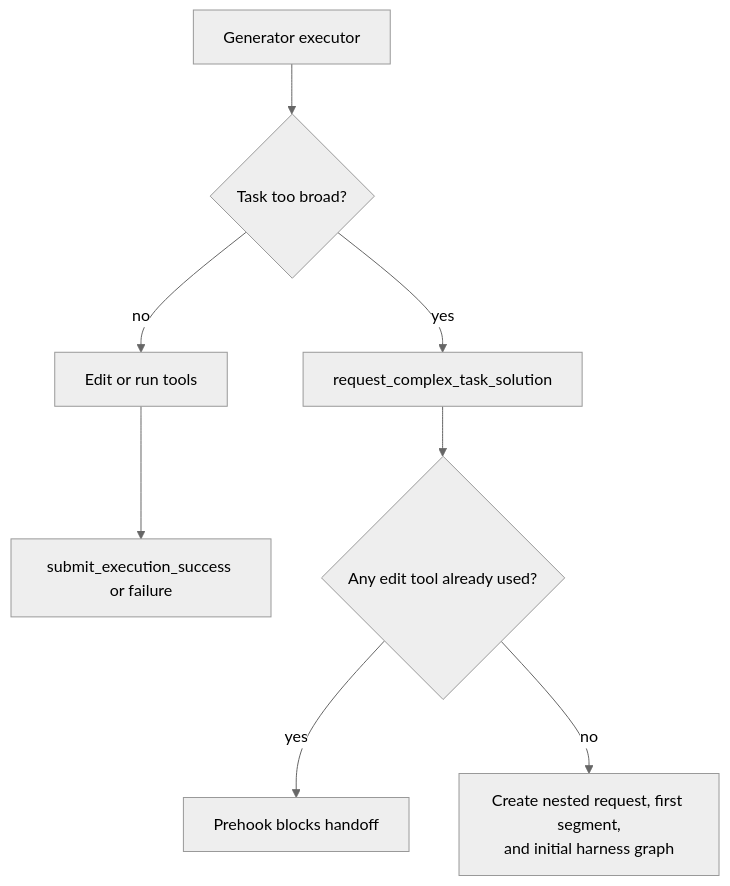
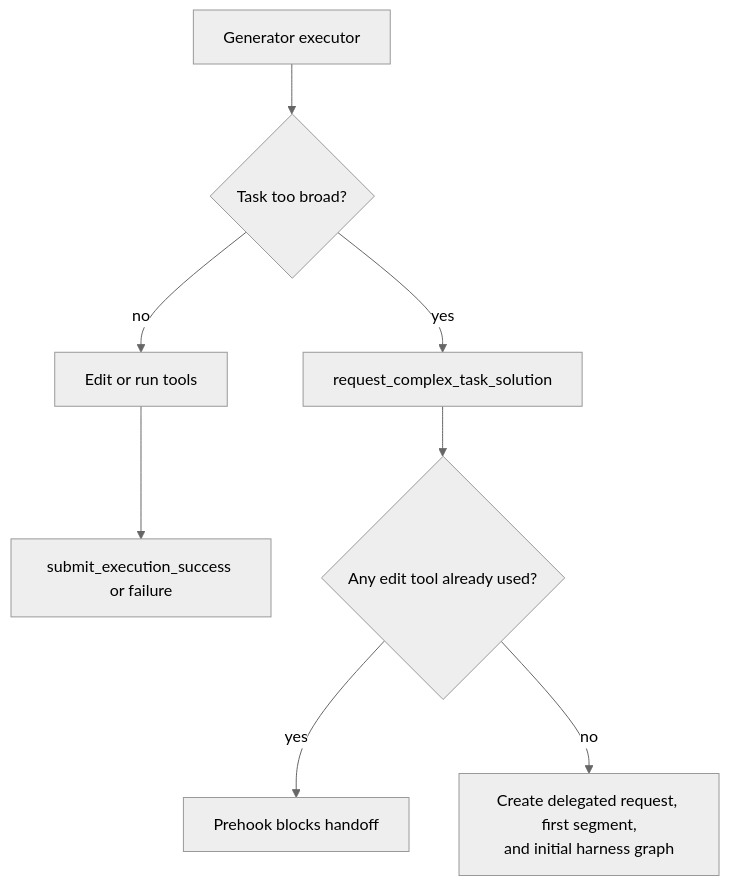
One commit to Ephemeral-AI-Lab/ephemeral-os changed the third of 5 diagrams in docs/architecture/task-center-harness-migration/phase-03-implementation-plan.md. Above: the diagram before and after it, drawn with Mermaid (neutral theme). The commit also changed other lines of this file and 25 other files, not shown here.

````diff
--- a/docs/architecture/task-center-harness-migration/phase-03-implementation-plan.md
+++ b/docs/architecture/task-center-harness-migration/phase-03-implementation-plan.md
@@ -157,10 +157,10 @@
 ```mermaid
 flowchart TD
     Executor["Generator executor"] --> Choice{"Task too broad?"}
     Choice -->|"no"| Normal["Edit or run tools"]
     Normal --> Terminal["submit_execution_success or failure"]
     Choice -->|"yes"| Handoff["request_complex_task_solution"]
     Handoff --> Edited{"Any edit tool already used?"}
     Edited -->|"yes"| Block["Prehook blocks handoff"]
-    Edited -->|"no"| HandoffRuntime["Create nested request, first segment,<br/>and initial harness graph"]
+    Edited -->|"no"| HandoffRuntime["Create delegated request, first segment,<br/>and initial harness graph"]
 ```
````
